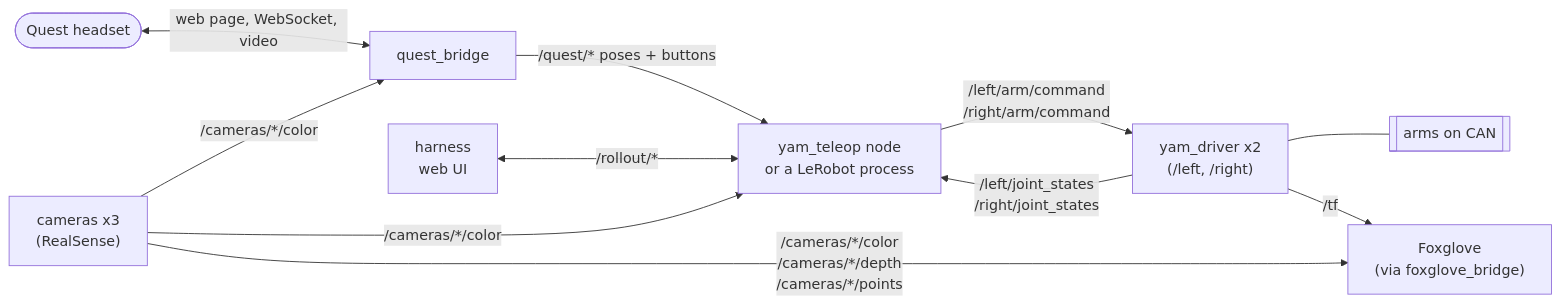
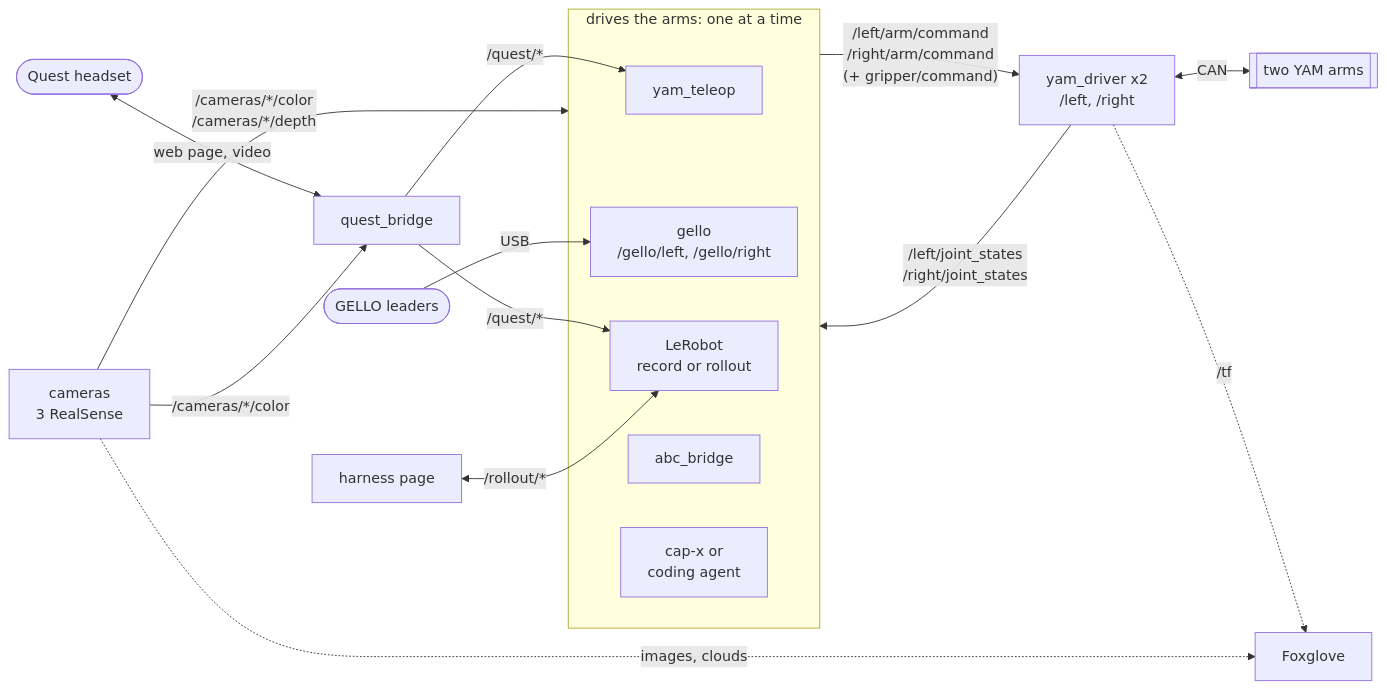
One commit to sparklabutah/SparklabRobotics-Infra changed the diagram in README.md. Above: the diagram before and after it, drawn with Mermaid. The commit also changed other lines of this file and 15 other files, not shown here.

First line of the commit message:
Trim every README to what a user needs; a ROS graph in each package

````diff
--- a/README.md
+++ b/README.md
@@ -26,13 +12,22 @@
 ```mermaid
 flowchart LR
-    quest([Quest headset]) <-->|"web page, WebSocket, video"| bridge[quest_bridge]
-    bridge -->|"/quest/* poses + buttons"| brain["yam_teleop node<br/>or a LeRobot process"]
-    brain -->|"/left/arm/command<br/>/right/arm/command"| drivers["yam_driver x2<br/>(/left, /right)"]
-    drivers -->|"/left/joint_states<br/>/right/joint_states"| brain
-    drivers --- arms[["arms on CAN"]]
-    cams["cameras x3<br/>(RealSense)"] -->|"/cameras/*/color"| bridge
-    cams -->|"/cameras/*/color"| brain
-    cams -->|"/cameras/*/color<br/>/cameras/*/depth<br/>/cameras/*/points"| fox["Foxglove<br/>(via foxglove_bridge)"]
-    drivers -->|"/tf"| fox
-    harness["harness<br/>web UI"] <-->|"/rollout/*"| brain
+    quest([Quest headset]) <-->|"web page, video"| bridge[quest_bridge]
+    subgraph drive["drives the arms: one at a time"]
+        teleop[yam_teleop]
+        gello["gello<br/>/gello/left, /gello/right"]
+        lerobot["LeRobot<br/>record or rollout"]
+        abc[abc_bridge]
+        agent["cap-x or<br/>coding agent"]
+    end
+    leaders([GELLO leaders]) -->|USB| gello
+    bridge -->|"/quest/*"| teleop
+    bridge -->|"/quest/*"| lerobot
+    drive -- "/left/arm/command<br/>/right/arm/command<br/>(+ gripper/command)" --> drivers["yam_driver x2<br/>/left, /right"]
+    drivers -- "/left/joint_states<br/>/right/joint_states" --> drive
+    drivers <-->|CAN| arms[[two YAM arms]]
+    cams["cameras<br/>3 RealSense"] -- "/cameras/*/color<br/>/cameras/*/depth" --> drive
+    cams -->|"/cameras/*/color"| bridge
+    harness[harness page] <-->|"/rollout/*"| lerobot
+    drivers -.->|"/tf"| fox[Foxglove]
+    cams -.->|"images, clouds"| fox
 ```
````
